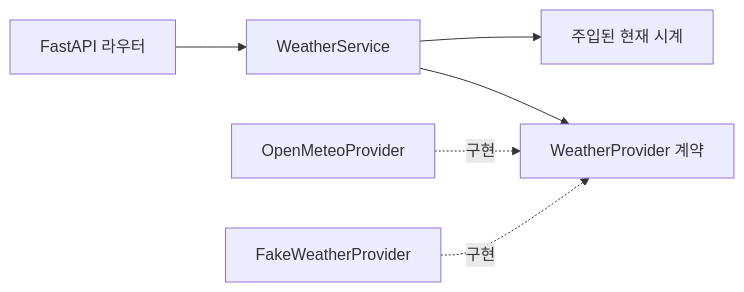
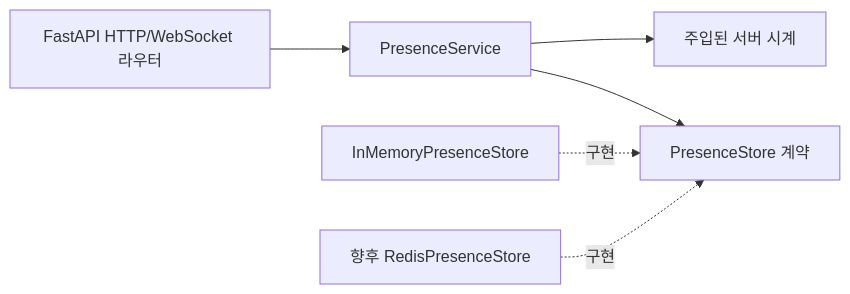
Before and after one commit to nhnhmhnm/star: the diagram in docs/object-oriented-design.md, drawn with Mermaid. The commit also changed other lines of this file and 12 other files, not shown here.

````diff
--- a/docs/object-oriented-design.md
+++ b/docs/object-oriented-design.md
@@ -50,8 +52,8 @@
 ```mermaid
 flowchart LR
-    R[FastAPI 라우터] --> S[WeatherService]
-    S --> P[WeatherProvider 계약]
-    A[OpenMeteoProvider] -. 구현 .-> P
-    F[FakeWeatherProvider] -. 구현 .-> P
-    S --> C[주입된 현재 시계]
+    R[FastAPI HTTP/WebSocket 라우터] --> S[PresenceService]
+    S --> P[PresenceStore 계약]
+    M[InMemoryPresenceStore] -. 구현 .-> P
+    D[향후 RedisPresenceStore] -. 구현 .-> P
+    S --> C[주입된 서버 시계]
 ```
````
